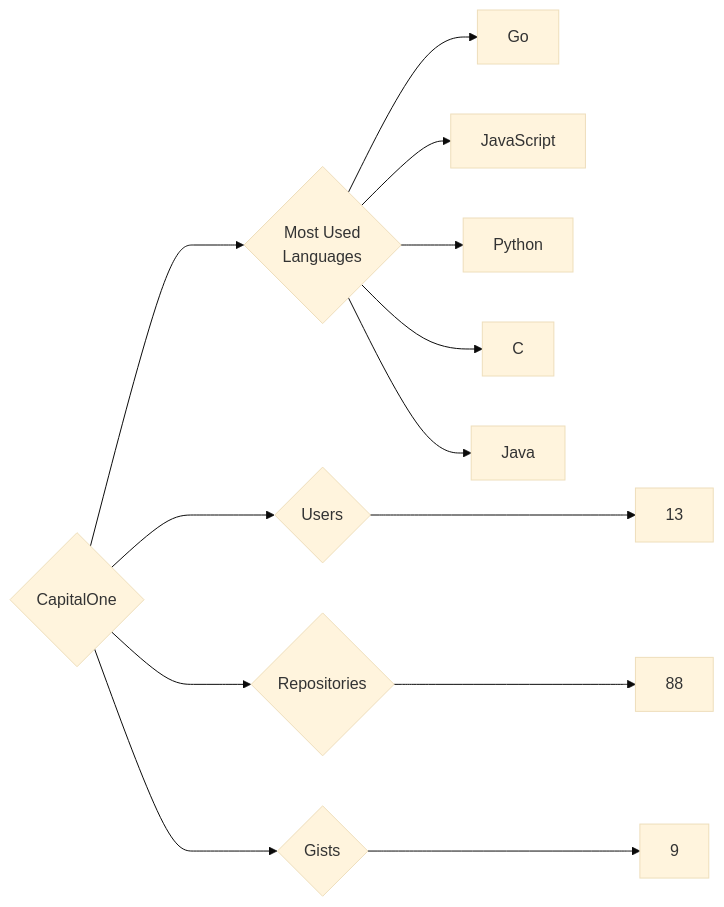
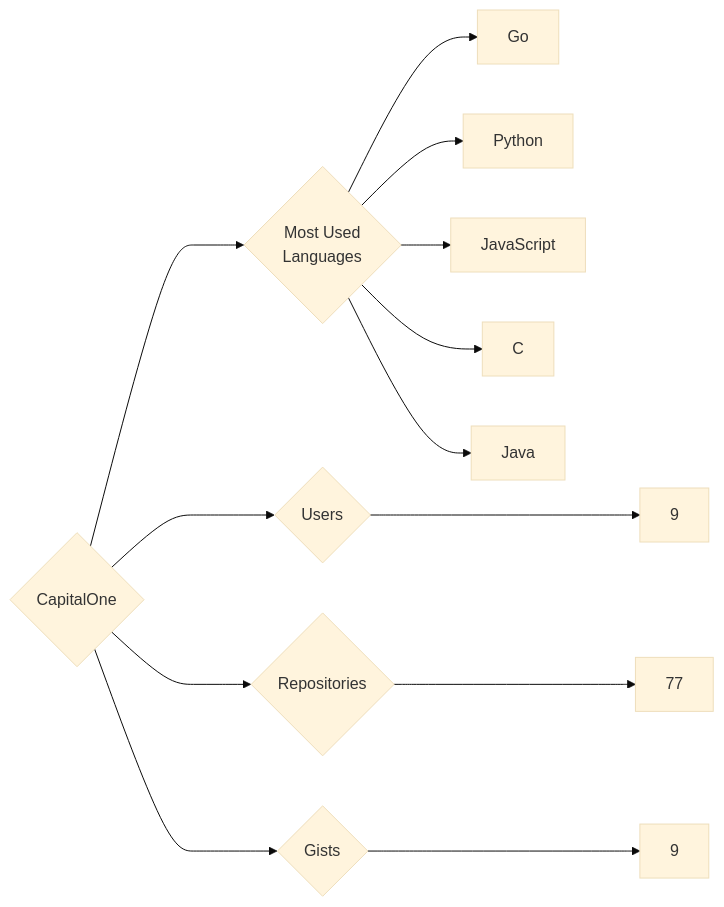
One commit to trickest/insiders changed the diagram in targets/CapitalOne/README.md. Above: the diagram before and after it, drawn with Mermaid (base theme). The commit also changed 644 other files, not shown here.

````diff
--- a/targets/CapitalOne/README.md
+++ b/targets/CapitalOne/README.md
@@ -3,13 +3,13 @@
 ```mermaid
 graph LR
 COMPANY_NAME{CapitalOne}
-COMPANY_NAME ---> U{Users} ---> UN[13]
-COMPANY_NAME ---> R{Repositories} ---> RN[88]
+COMPANY_NAME ---> U{Users} ---> UN[9]
+COMPANY_NAME ---> R{Repositories} ---> RN[77]
 COMPANY_NAME ---> G{Gists} ---> GN[9]
 COMPANY_NAME ---> ML{Most Used<br>Languages}
 ML --> Go[Go]
+ML --> Python[Python]
 ML --> JavaScript[JavaScript]
-ML --> Python[Python]
 ML --> C[C]
 ML --> Java[Java]
 ```
````
